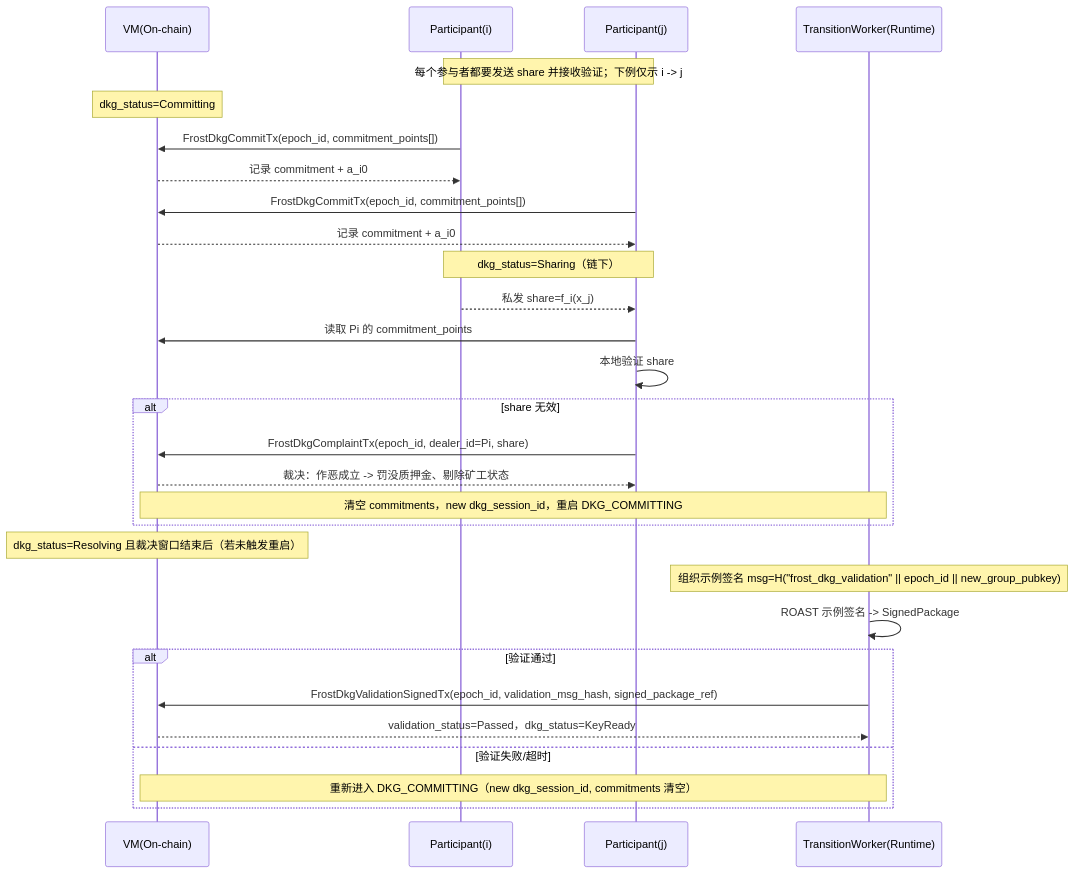
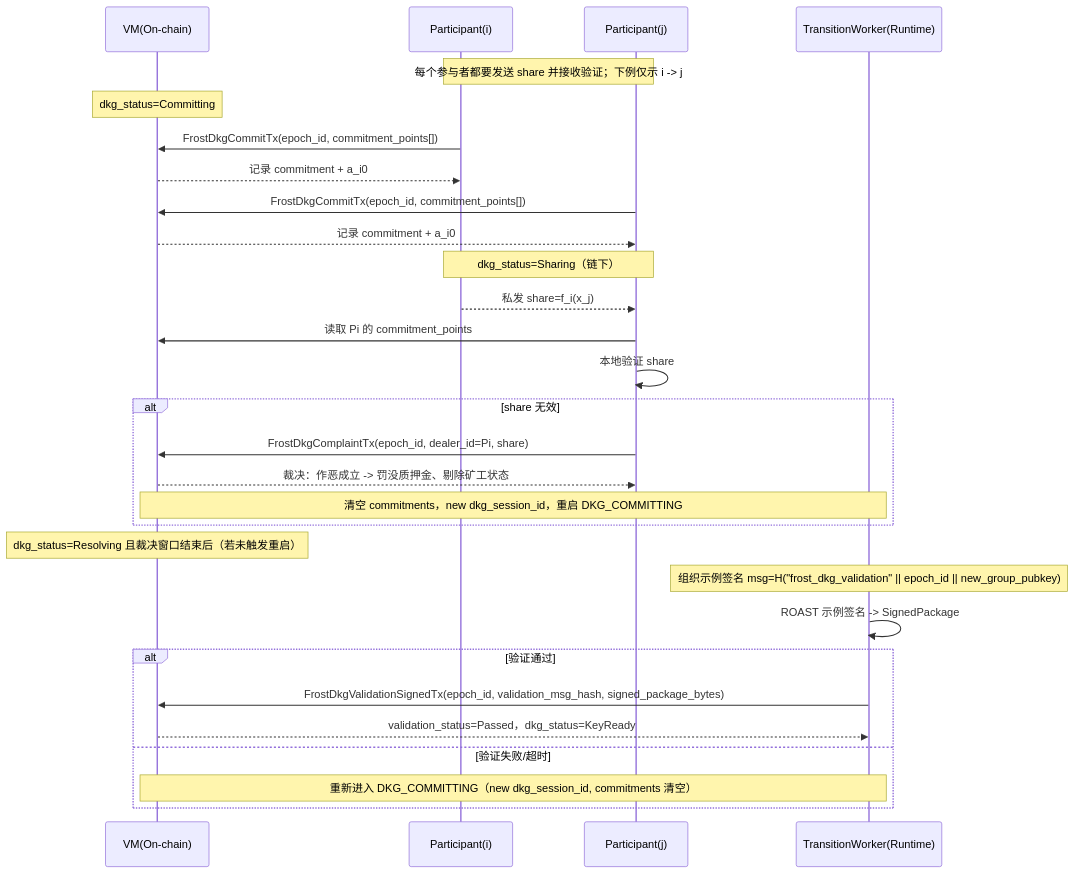
Before and after one commit to davidLeeeeeeeeeeee/dex: the seventh of 8 diagrams in frost/design_v2_job.md, drawn with Mermaid. The commit also changed other lines of this file and 6 other files, not shown here.

````diff
--- a/frost/design_v2_job.md
+++ b/frost/design_v2_job.md
@@ -753,36 +768,36 @@
 ```mermaid
 sequenceDiagram
   participant CH as VM(On-chain)
   participant Pi as Participant(i)
   participant Pj as Participant(j)
   participant TW as TransitionWorker(Runtime)
 
   Note over Pi,Pj: 每个参与者都要发送 share 并接收验证；下例仅示 i -> j
   Note over CH: dkg_status=Committing
   Pi->>CH: FrostDkgCommitTx(epoch_id, commitment_points[])
   CH-->>Pi: 记录 commitment + a_i0
   Pj->>CH: FrostDkgCommitTx(epoch_id, commitment_points[])
   CH-->>Pj: 记录 commitment + a_i0
 
   Note over Pi,Pj: dkg_status=Sharing（链下）
   Pi-->>Pj: 私发 share=f_i(x_j)
   Pj->>CH: 读取 Pi 的 commitment_points
   Pj->>Pj: 本地验证 share
 
   alt share 无效
     Pj->>CH: FrostDkgComplaintTx(epoch_id, dealer_id=Pi, share)
     CH-->>Pj: 裁决：作恶成立 -> 罚没质押金、剔除矿工状态
     Note over CH,TW: 清空 commitments，new dkg_session_id，重启 DKG_COMMITTING
   end
 
   Note over CH: dkg_status=Resolving 且裁决窗口结束后（若未触发重启）
   Note over TW: 组织示例签名 msg=H("frost_dkg_validation" || epoch_id || new_group_pubkey)
   TW->>TW: ROAST 示例签名 -> SignedPackage
 
   alt 验证通过
-    TW->>CH: FrostDkgValidationSignedTx(epoch_id, validation_msg_hash, signed_package_ref)
+    TW->>CH: FrostDkgValidationSignedTx(epoch_id, validation_msg_hash, signed_package_bytes)
     CH-->>TW: validation_status=Passed，dkg_status=KeyReady
   else 验证失败/超时
     Note over CH,TW: 重新进入 DKG_COMMITTING（new dkg_session_id, commitments 清空）
   end
 ```
````
